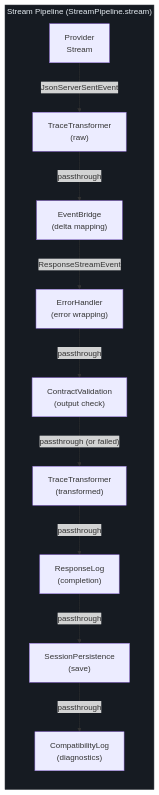
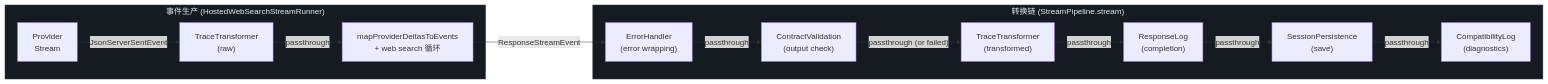
Before and after one commit to Ahoo-Wang/GodeX: the first of 5 diagrams in wiki/zh/02-architecture/stream-transforms.md, drawn with Mermaid. The commit also changed other lines of this file and 70 other files, not shown here.

````diff
--- a/wiki/zh/02-architecture/stream-transforms.md
+++ b/wiki/zh/02-architecture/stream-transforms.md
@@ -27,25 +28,30 @@
 ```mermaid
 flowchart LR
-    subgraph Pipeline ["Stream Pipeline (StreamPipeline.stream)"]
-        style Pipeline fill:#161b22,stroke:#30363d,color:#e6edf3
+    subgraph Production ["事件生产 (HostedWebSearchStreamRunner)"]
+        style Production fill:#161b22,stroke:#30363d,color:#e6edf3
 
         Upstream["Provider<br>Stream"]
         T1["TraceTransformer<br>(raw)"]
-        Bridge["EventBridge<br>(delta mapping)"]
+        Map["mapProviderDeltasToEvents<br>+ web search 循环"]
+    end
+
+    subgraph Chain ["转换链 (StreamPipeline.stream)"]
+        style Chain fill:#161b22,stroke:#30363d,color:#e6edf3
+
         Err["ErrorHandler<br>(error wrapping)"]
         Valid["ContractValidation<br>(output check)"]
         T2["TraceTransformer<br>(transformed)"]
         Log["ResponseLog<br>(completion)"]
         Sess["SessionPersistence<br>(save)"]
         Comp["CompatibilityLog<br>(diagnostics)"]
     end
 
     Upstream -->|"JsonServerSentEvent"| T1
-    T1 -->|"passthrough"| Bridge
-    Bridge -->|"ResponseStreamEvent"| Err
+    T1 -->|"passthrough"| Map
+    Map -->|"ResponseStreamEvent"| Err
     Err -->|"passthrough"| Valid
     Valid -->|"passthrough (or failed)"| T2
     T2 -->|"passthrough"| Log
     Log -->|"passthrough"| Sess
     Sess -->|"passthrough"| Comp
 ```
````
